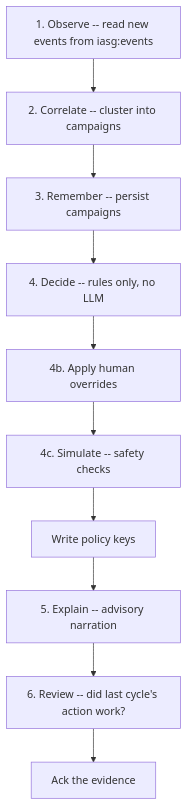
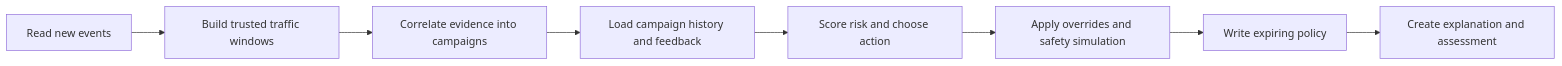
The diagram in gateway/docs/decision-engine.md (Pranav-Hirawat/Intelligent_API_Security_Gateway), drawn with Mermaid before and after one commit. The commit also changed other lines of this file and 21 other files, not shown here.

````diff
--- a/gateway/docs/decision-engine.md
+++ b/gateway/docs/decision-engine.md
@@ -20,12 +15,10 @@
 ```mermaid
-flowchart TD
-    O[1. Observe -- read new events from iasg:events] --> C[2. Correlate -- cluster into campaigns]
-    C --> R[3. Remember -- persist campaigns]
-    R --> D[4. Decide -- rules only, no LLM]
-    D --> H[4b. Apply human overrides]
-    H --> S[4c. Simulate -- safety checks]
-    S --> W[Write policy keys]
-    W --> E[5. Explain -- advisory narration]
-    E --> V[6. Review -- did last cycle's action work?]
-    V --> A[Ack the evidence]
+flowchart LR
+  A[Read new events] --> B[Build trusted traffic windows]
+  B --> C[Correlate evidence into campaigns]
+  C --> D[Load campaign history and feedback]
+  D --> E[Score risk and choose action]
+  E --> F[Apply overrides and safety simulation]
+  F --> G[Write expiring policy]
+  G --> H[Create explanation and assessment]
 ```
````
